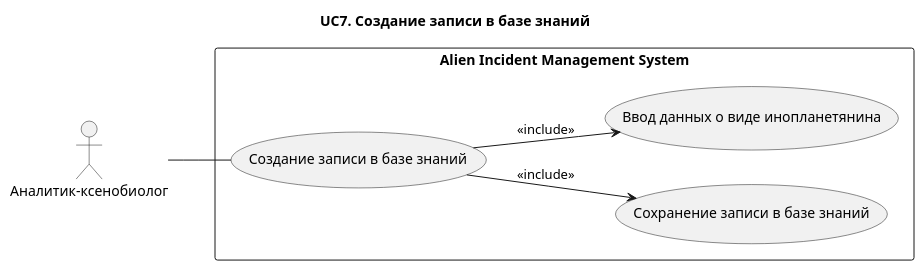
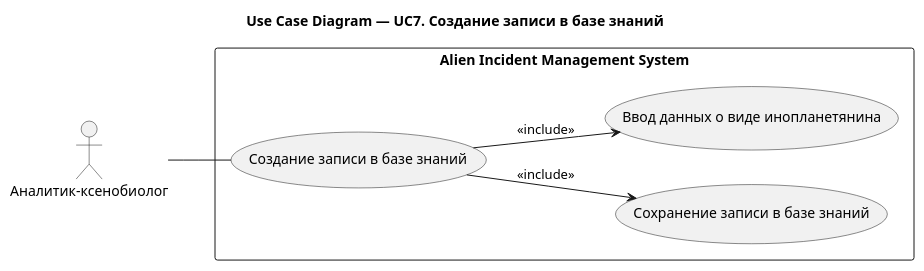
One commit to Andryss/AIMS changed the diagram in docs/use-case/UC7.md. Above: the diagram before and after it, drawn with PlantUML. The commit also changed 31 other files, not shown here.

````diff
--- a/docs/use-case/UC7.md
+++ b/docs/use-case/UC7.md
@@ -5,23 +5,23 @@
 ```plantuml
 @startuml
-title UC7. Создание записи в базе знаний
+title Use Case Diagram — UC7. Создание записи в базе знаний
 left to right direction
 
 actor "Аналитик-ксенобиолог" as Analyst
 
 rectangle "Alien Incident Management System" {
 
 (Создание записи в базе знаний) as UC11
 
 (Сохранение записи в базе знаний) as UC114
 (Ввод данных о виде инопланетянина) as UC111
 
 }
 
 Analyst -- UC11
 
 UC11 --> UC111 : <<include>>
 UC11 --> UC114 : <<include>>
 
 @enduml
 ```
````
